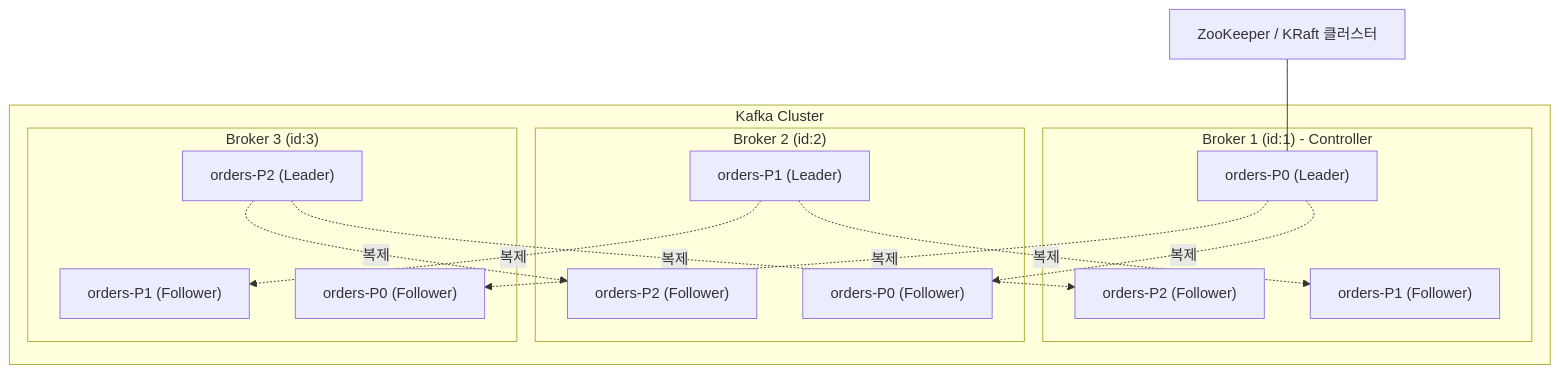
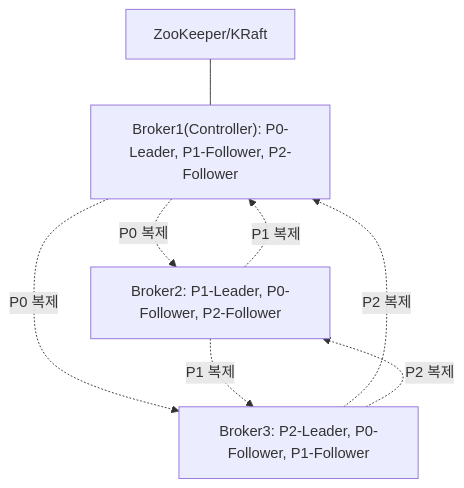
The first of 8 diagrams in _posts/kafka/2026-05-01-kafka-broker-deep.md (yjkim2015/yjkim2015.github.io), drawn with Mermaid before and after one commit. The commit also changed other lines of this file and 215 other files, not shown here.

First line of the commit message:
신규 포스트 10개 추가 + Mermaid 전면 축소 + SystemDesign 시리즈 보강

````diff
--- a/_posts/kafka/2026-05-01-kafka-broker-deep.md
+++ b/_posts/kafka/2026-05-01-kafka-broker-deep.md
@@ -26,28 +26,14 @@
 ```mermaid
 graph TD
-    subgraph "Kafka Cluster"
-        subgraph "Broker 1 (id:1) - Controller"
-            B1P0["orders-P0 (Leader)"]
-            B1P1["orders-P1 (Follower)"]
-            B1P2["orders-P2 (Follower)"]
-        end
-        subgraph "Broker 2 (id:2)"
-            B2P1["orders-P1 (Leader)"]
-            B2P2["orders-P2 (Follower)"]
-            B2P0["orders-P0 (Follower)"]
-        end
-        subgraph "Broker 3 (id:3)"
-            B3P2["orders-P2 (Leader)"]
-            B3P0["orders-P0 (Follower)"]
-            B3P1["orders-P1 (Follower)"]
-        end
-    end
-    ZK["ZooKeeper / KRaft 클러스터"]
-    B1P0 -.->|"복제"| B2P0
-    B1P0 -.->|"복제"| B3P0
-    B2P1 -.->|"복제"| B1P1
-    B2P1 -.->|"복제"| B3P1
-    B3P2 -.->|"복제"| B1P2
-    B3P2 -.->|"복제"| B2P2
-    ZK --- B1P0
+    ZK["ZooKeeper/KRaft"]
+    B1["Broker1(Controller): P0-Leader, P1-Follower, P2-Follower"]
+    B2["Broker2: P1-Leader, P0-Follower, P2-Follower"]
+    B3["Broker3: P2-Leader, P0-Follower, P1-Follower"]
+    ZK --- B1
+    B1 -.->|"P0 복제"| B2
+    B1 -.->|"P0 복제"| B3
+    B2 -.->|"P1 복제"| B1
+    B2 -.->|"P1 복제"| B3
+    B3 -.->|"P2 복제"| B1
+    B3 -.->|"P2 복제"| B2
 ```
````
